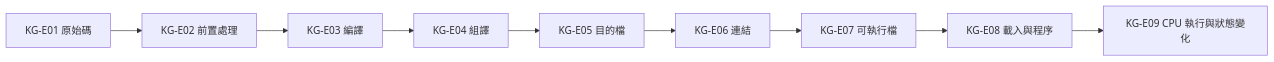
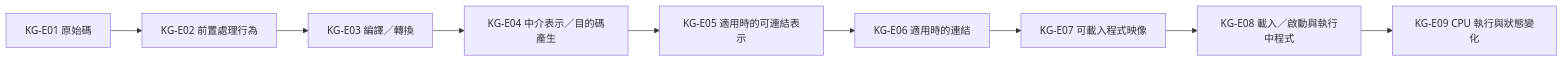
Before and after one commit to inred329/summer_pre_course_2026: the second of 9 diagrams in design/04-programming-language-knowledge-graph.zh-TW.md, drawn with Mermaid. The commit also changed other lines of this file and 104 other files, not shown here.

````diff
--- a/design/04-programming-language-knowledge-graph.zh-TW.md
+++ b/design/04-programming-language-knowledge-graph.zh-TW.md
@@ -65,11 +70,11 @@
 ```mermaid
 flowchart LR
-    E01[KG-E01 原始碼] --> E02[KG-E02 前置處理]
-    E02 --> E03[KG-E03 編譯]
-    E03 --> E04[KG-E04 組譯]
-    E04 --> E05[KG-E05 目的檔]
-    E05 --> E06[KG-E06 連結]
-    E06 --> E07[KG-E07 可執行檔]
-    E07 --> E08[KG-E08 載入與程序]
+    E01[KG-E01 原始碼] --> E02[KG-E02 前置處理行為]
+    E02 --> E03[KG-E03 編譯／轉換]
+    E03 --> E04[KG-E04 中介表示／目的碼產生]
+    E04 --> E05[KG-E05 適用時的可連結表示]
+    E05 --> E06[KG-E06 適用時的連結]
+    E06 --> E07[KG-E07 可載入程式映像]
+    E07 --> E08[KG-E08 載入／啟動與執行中程式]
     E08 --> E09[KG-E09 CPU 執行與狀態變化]
 ```
````
